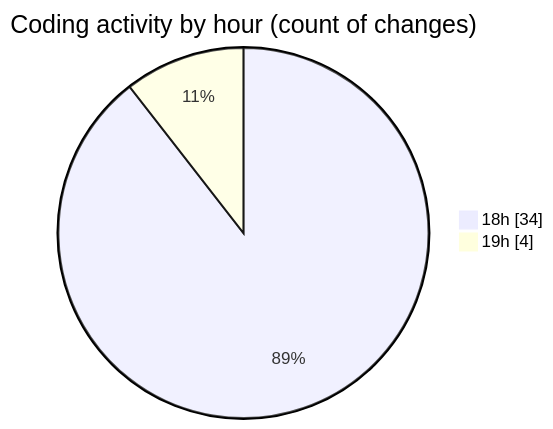
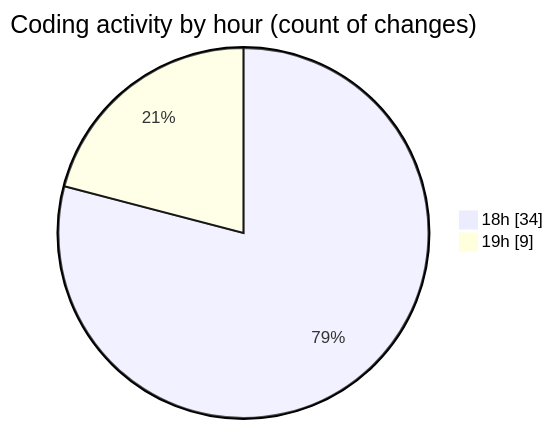
The second of 2 diagrams in 2025-12-28/java_basics/README.md (hasnaa123/code-tracking), drawn with Mermaid before and after one commit. The commit also changed other lines of this file and 1 other file, not shown here.

````diff
--- a/2025-12-28/java_basics/README.md
+++ b/2025-12-28/java_basics/README.md
@@ -28,6 +28,6 @@
 ```mermaid
 pie showData
 title Coding activity by hour (count of changes)
 "18h" : 34
-"19h" : 4
+"19h" : 9
 ```
````
